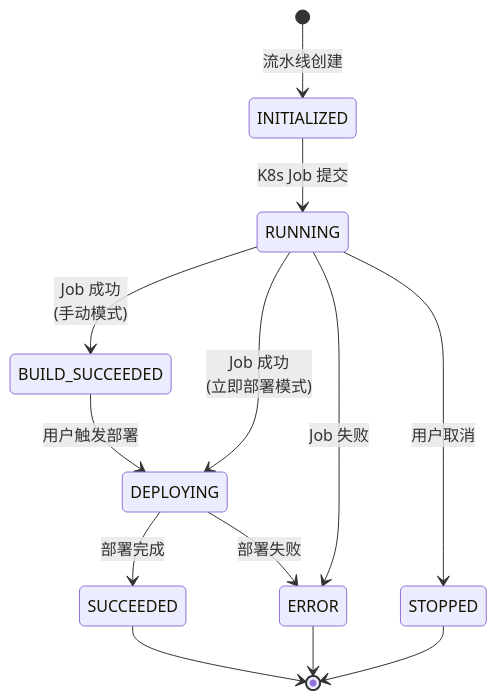
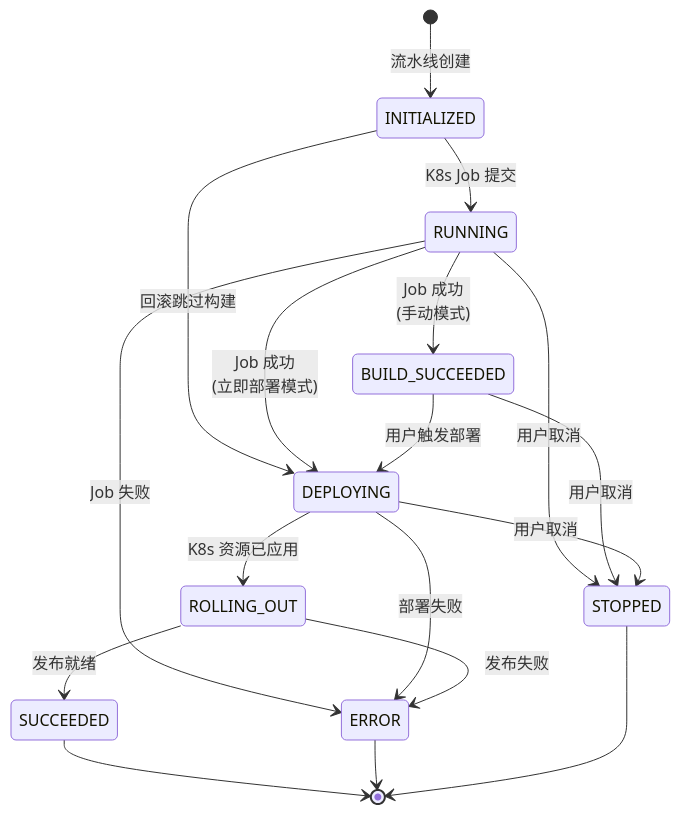
The second of 2 diagrams in docs/README.zh.md (wellCh4n/oops), drawn with Mermaid before and after one commit. The commit also changed other lines of this file and 2 other files, not shown here.

````diff
--- a/docs/README.zh.md
+++ b/docs/README.zh.md
@@ -124,20 +133,26 @@
 ```mermaid
 stateDiagram-v2
     direction TB
     [*] --> INITIALIZED: 流水线创建
     INITIALIZED --> RUNNING: K8s Job 提交
+    INITIALIZED --> DEPLOYING: 回滚跳过构建
 
     RUNNING --> BUILD_SUCCEEDED: Job 成功<br/>(手动模式)
     RUNNING --> DEPLOYING: Job 成功<br/>(立即部署模式)
     RUNNING --> ERROR: Job 失败
     RUNNING --> STOPPED: 用户取消
 
     BUILD_SUCCEEDED --> DEPLOYING: 用户触发部署
+    BUILD_SUCCEEDED --> STOPPED: 用户取消
 
-    DEPLOYING --> SUCCEEDED: 部署完成
+    DEPLOYING --> ROLLING_OUT: K8s 资源已应用
     DEPLOYING --> ERROR: 部署失败
+    DEPLOYING --> STOPPED: 用户取消
+
+    ROLLING_OUT --> SUCCEEDED: 发布就绪
+    ROLLING_OUT --> ERROR: 发布失败
 
     SUCCEEDED --> [*]
     ERROR --> [*]
     STOPPED --> [*]
 ```
````
